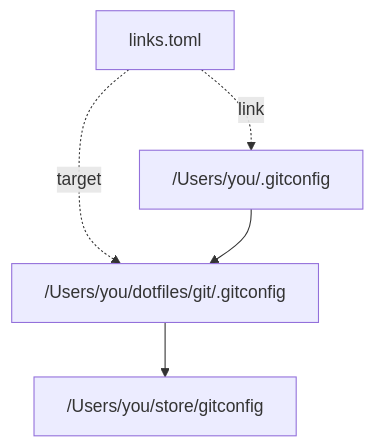
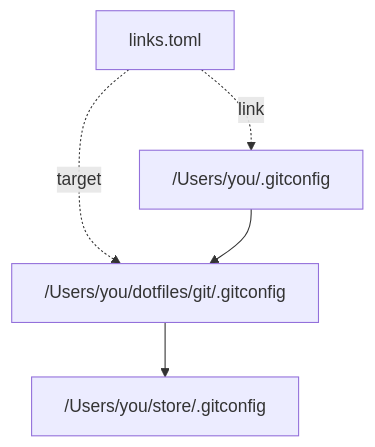
The diagram in README.ja.md (kkensuke/slink), drawn with Mermaid before and after one commit. The commit also changed other lines of this file and 3 other files, not shown here.

````diff
--- a/README.ja.md
+++ b/README.ja.md
@@ -113,11 +113,11 @@
 ```mermaid
 flowchart TD
     R["links.toml"]
     L["/Users/you/.gitconfig"]
     T["/Users/you/dotfiles/git/.gitconfig"]
-    F["/Users/you/store/gitconfig"]
+    F["/Users/you/store/.gitconfig"]
     R -. "link" .-> L
     R -. "target" .-> T
     L --> T
     T --> F
 ```
````
